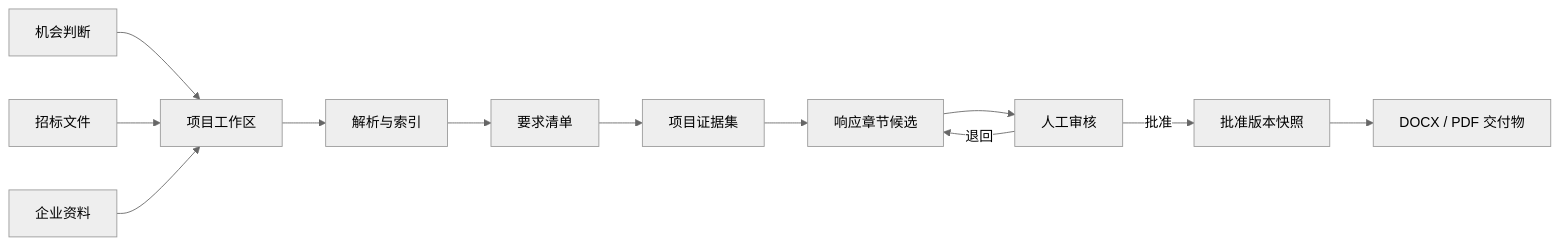
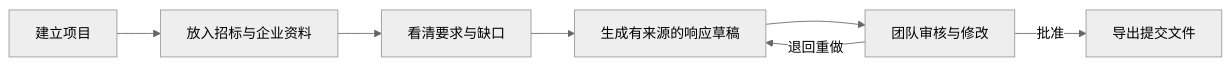
Before and after one commit to AVIDS2/BidPilot: the diagram in README.md, drawn with Mermaid (neutral theme). The commit also changed other lines of this file, not shown here.

````diff
--- a/README.md
+++ b/README.md
@@ -86,14 +27,9 @@
 ```mermaid
 flowchart LR
-    A[机会判断] --> P[项目工作区]
-    B[招标文件] --> P
-    C[企业资料] --> P
-    P --> I[解析与索引]
-    I --> R[要求清单]
-    R --> E[项目证据集]
-    E --> D[响应章节候选]
-    D --> H[人工审核]
-    H -->|退回| D
-    H -->|批准| X[批准版本快照]
-    X --> O[DOCX / PDF 交付物]
+    A[建立项目] --> B[放入招标与企业资料]
+    B --> C[看清要求与缺口]
+    C --> D[生成有来源的响应草稿]
+    D --> E[团队审核与修改]
+    E -->|退回重做| D
+    E -->|批准| F[导出提交文件]
 ```
````
